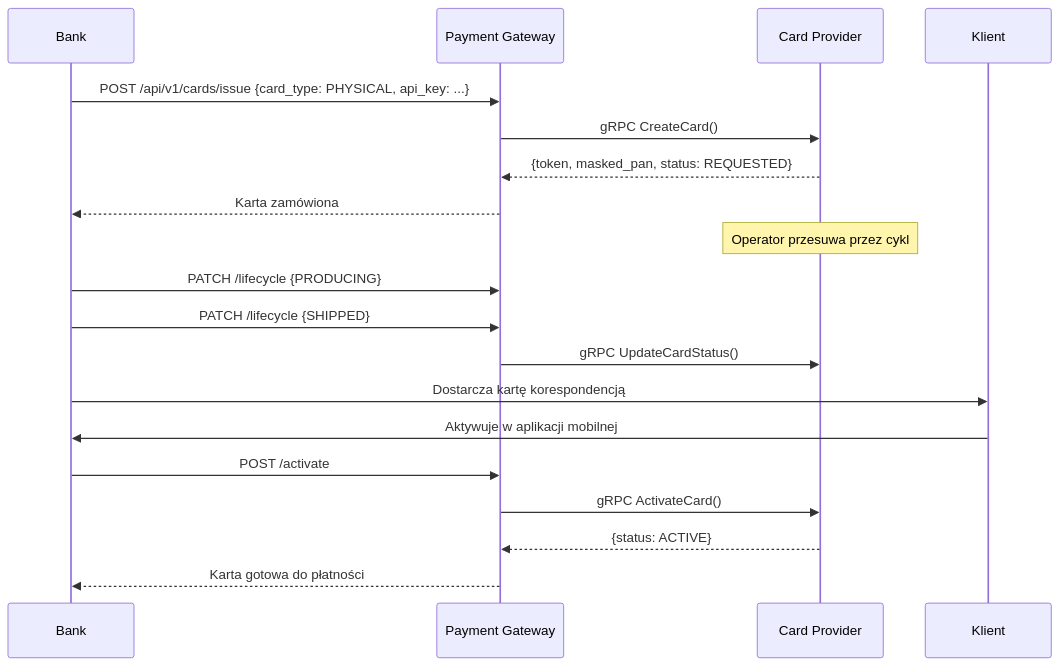
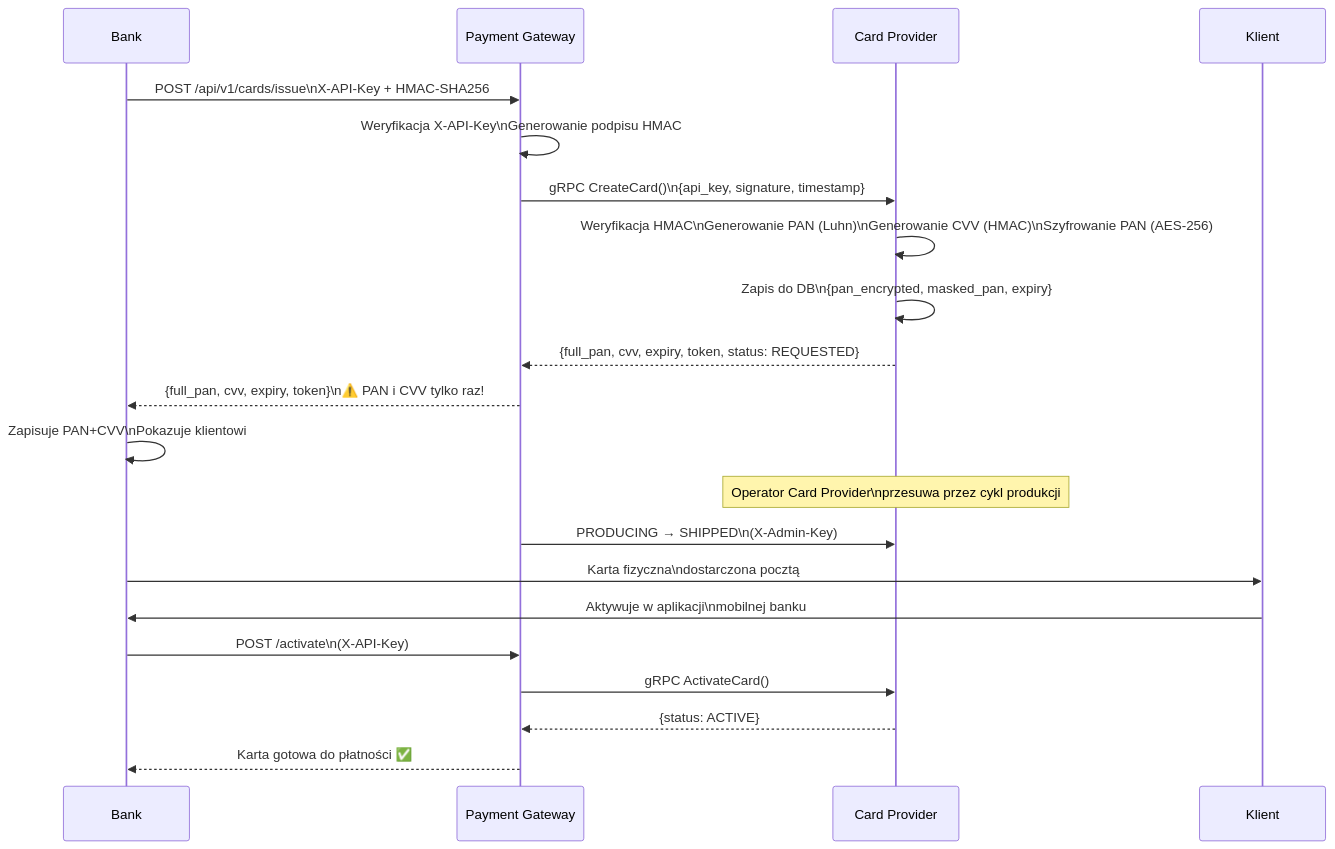
One commit to FilipSl3/Karty-Platnicze-Aplikacje-Biznesowe changed the third of 6 diagrams in README.md. Above: the diagram before and after it, drawn with Mermaid. The commit also changed other lines of this file and 13 other files, not shown here.

````diff
--- a/README.md
+++ b/README.md
@@ -186,24 +281,27 @@
 ```mermaid
 sequenceDiagram
     participant B as Bank
     participant GW as Payment Gateway
     participant CP as Card Provider
     participant K as Klient
 
-    B->>GW: POST /api/v1/cards/issue   {card_type: PHYSICAL, api_key: ...}
-    GW->>CP: gRPC CreateCard()
-    CP-->>GW: {token, masked_pan, status: REQUESTED}
-    GW-->>B: Karta zamówiona
+    B->>GW: POST /api/v1/cards/issue\nX-API-Key + HMAC-SHA256
+    GW->>GW: Weryfikacja X-API-Key\nGenerowanie podpisu HMAC
+    GW->>CP: gRPC CreateCard()\n{api_key, signature, timestamp}
+    CP->>CP: Weryfikacja HMAC\nGenerowanie PAN (Luhn)\nGenerowanie CVV (HMAC)\nSzyfrowanie PAN (AES-256)
+    CP->>CP: Zapis do DB\n{pan_encrypted, masked_pan, expiry}
+    CP-->>GW: {full_pan, cvv, expiry, token, status: REQUESTED}
+    GW-->>B: {full_pan, cvv, expiry, token}\n⚠️ PAN i CVV tylko raz!
 
-    Note over CP: Operator przesuwa przez cykl
-    B->>GW: PATCH /lifecycle {PRODUCING}
-    B->>GW: PATCH /lifecycle {SHIPPED}
-    GW->>CP: gRPC UpdateCardStatus()
+    B->>B: Zapisuje PAN+CVV\nPokazuje klientowi
 
-    B->>K: Dostarcza kartę korespondencją
-    K->>B: Aktywuje w aplikacji mobilnej
-    B->>GW: POST /activate
+    Note over CP: Operator Card Provider\nprzesuwa przez cykl produkcji
+    GW->>CP: PRODUCING → SHIPPED\n(X-Admin-Key)
+
+    B->>K: Karta fizyczna\ndostarczona pocztą
+    K->>B: Aktywuje w aplikacji\nmobilnej banku
+    B->>GW: POST /activate\n(X-API-Key)
     GW->>CP: gRPC ActivateCard()
     CP-->>GW: {status: ACTIVE}
-    GW-->>B: Karta gotowa do płatności
+    GW-->>B: Karta gotowa do płatności ✅
 ```
````
